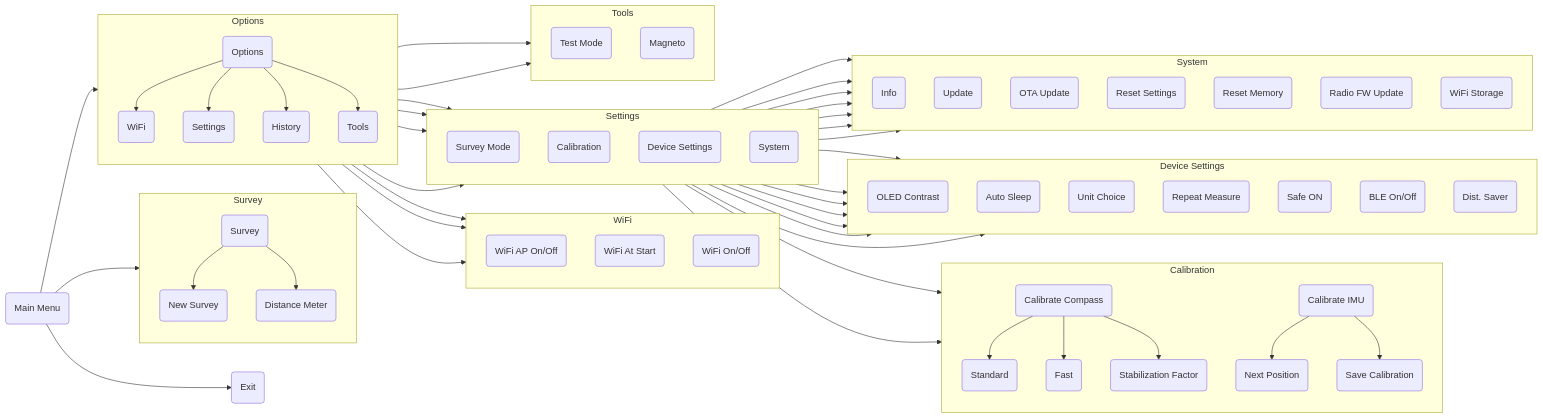
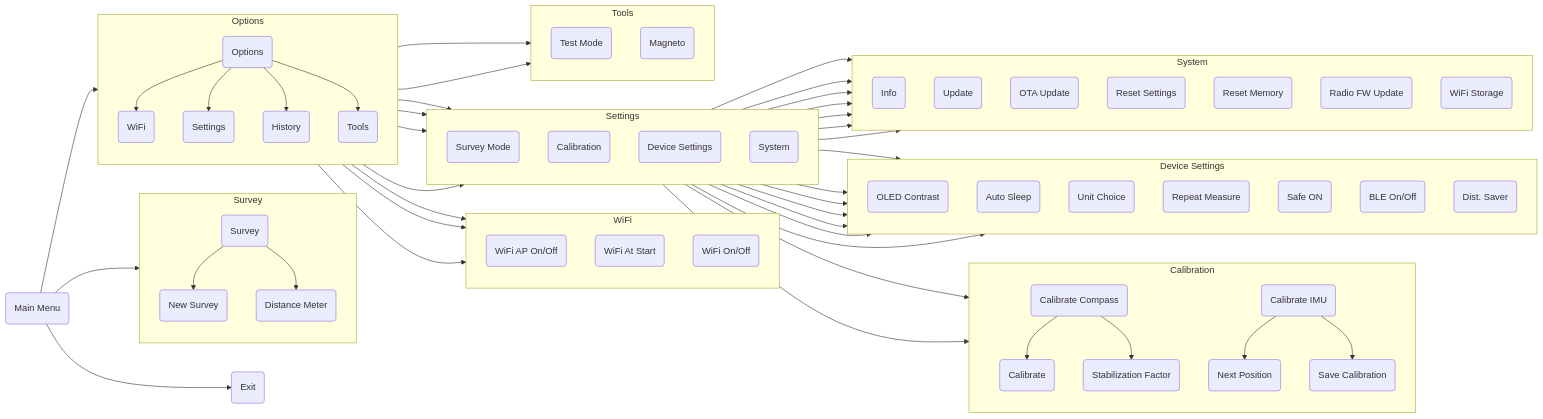
One commit to SebKister/JedEye-Documentation changed the diagram in website/docs/Menus-Overview.md. Above: the diagram before and after it, drawn with Mermaid. The commit also changed 1 other file, not shown here.

Commit message:
docs: one compass calibration, CALIBRATE, from firmware 2.9.5
Firmware 2.9.5 removes the standard compass calibration (JedEye #125, as
MNemo did): CALIBRATE runs the fast one. The compass page says so for
v2.9.5 and keeps the two calibrations' instructions for v2.9.4 and
earlier; the menu diagram, which follows the newest firmware, shows the
one entry.

```diff
--- a/website/docs/Menus-Overview.md
+++ b/website/docs/Menus-Overview.md
@@ -74,8 +74,7 @@
         Calibration --> CalCompass
         Calibration --> CalIMU
         
-        CalCompass --> CalCompStd(Standard)
-        CalCompass --> CalCompFast(Fast)
+        CalCompass --> CalCompFast(Calibrate)
         CalCompass --> StabFactor(Stabilization Factor)
         
         CalIMU --> NextPos(Next Position)
```
